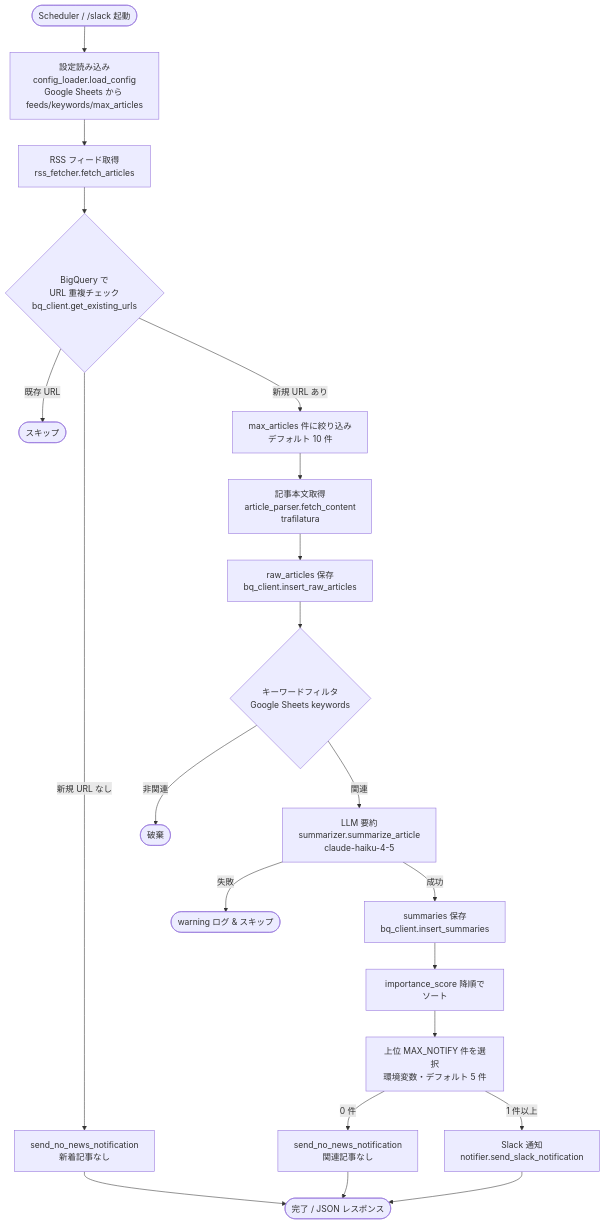
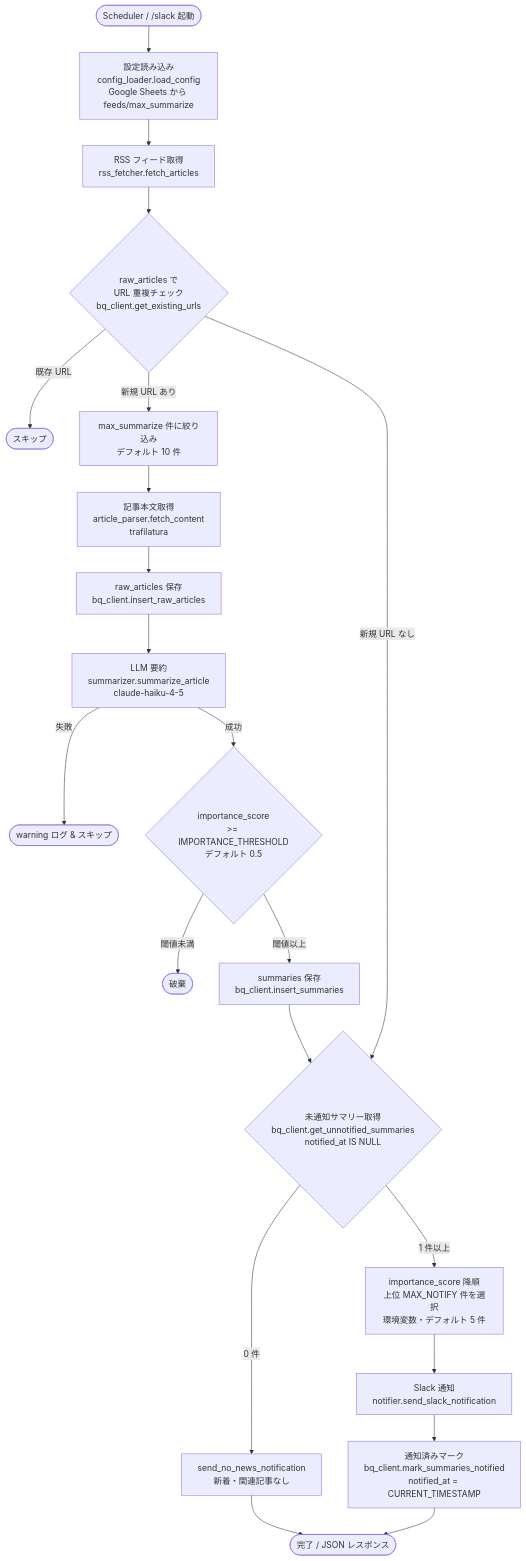
Before and after one commit to mishi5/data-platform-handson: the second of 6 diagrams in docs/news-pipeline-architecture.md, drawn with Mermaid. The commit also changed other lines of this file and 2 other files, not shown here.

Commit message:
fix: テスト失敗修正・アーキテクチャドキュメント最新化
[テスト修正]
- test_article_parser: trafilatura.fetch_urlのモックをrequests.getに修正
- test_summarizer: MagicMock(spec=TextBlock)でisinstanceチェックを通過させる

[ドキュメント更新]
- フロー図: キーワードフィルタ削除、importance_scoreフィルタ追加
- フロー図: 未通知サマリー取得→通知→mark_summaries_notified フロー追加
- フロー図: max_articles→max_summarize、dedup対象をraw_articlesに修正
- ERD: summariesにnotified_at TIMESTAMPを追加
- 設計要件表: キーワードフィルタ行削除、importance_score/未通知管理行追加
- コンポーネント図: test_bq_client.py件数を3→7に更新
- 設定管理: keywords削除、max_summarize変更、環境変数表を追加

````diff
--- a/docs/news-pipeline-architecture.md
+++ b/docs/news-pipeline-architecture.md
@@ -37,23 +37,23 @@
 ```mermaid
 flowchart TD
-    START([Scheduler / /slack 起動]) --> CONFIG[設定読み込み<br/>config_loader.load_config<br/>Google Sheets から feeds/keywords/max_articles]
+    START([Scheduler / /slack 起動]) --> CONFIG[設定読み込み<br/>config_loader.load_config<br/>Google Sheets から feeds/max_summarize]
     CONFIG --> FETCH[RSS フィード取得<br/>rss_fetcher.fetch_articles]
-    FETCH --> DEDUP{BigQuery で<br/>URL 重複チェック<br/>bq_client.get_existing_urls}
+    FETCH --> DEDUP{raw_articles で<br/>URL 重複チェック<br/>bq_client.get_existing_urls}
     DEDUP -->|既存 URL| SKIP([スキップ])
-    DEDUP -->|新規 URL なし| NO_NEWS1[send_no_news_notification<br/>新着記事なし]
-    DEDUP -->|新規 URL あり| LIMIT[max_articles 件に絞り込み<br/>デフォルト 10 件]
+    DEDUP -->|新規 URL あり| LIMIT[max_summarize 件に絞り込み<br/>デフォルト 10 件]
     LIMIT --> PARSE[記事本文取得<br/>article_parser.fetch_content<br/>trafilatura]
     PARSE --> SAVE_RAW[raw_articles 保存<br/>bq_client.insert_raw_articles]
-    SAVE_RAW --> FILTER{キーワードフィルタ<br/>Google Sheets keywords}
-    FILTER -->|非関連| DROP([破棄])
-    FILTER -->|関連| SUMMARIZE[LLM 要約<br/>summarizer.summarize_article<br/>claude-haiku-4-5]
+    SAVE_RAW --> SUMMARIZE[LLM 要約<br/>summarizer.summarize_article<br/>claude-haiku-4-5]
     SUMMARIZE -->|失敗| WARN([warning ログ & スキップ])
-    SUMMARIZE -->|成功| SAVE_SUM[summaries 保存<br/>bq_client.insert_summaries]
-    SAVE_SUM --> SORT[importance_score 降順でソート]
-    SORT --> TOPN[上位 MAX_NOTIFY 件を選択<br/>環境変数・デフォルト 5 件]
-    TOPN -->|0 件| NO_NEWS2[send_no_news_notification<br/>関連記事なし]
-    TOPN -->|1 件以上| NOTIFY[Slack 通知<br/>notifier.send_slack_notification]
-    NOTIFY --> END([完了 / JSON レスポンス])
-    NO_NEWS1 --> END
-    NO_NEWS2 --> END
+    SUMMARIZE -->|成功| SCORE{importance_score<br/>>= IMPORTANCE_THRESHOLD<br/>デフォルト 0.5}
+    SCORE -->|閾値未満| DROP([破棄])
+    SCORE -->|閾値以上| SAVE_SUM[summaries 保存<br/>bq_client.insert_summaries]
+    DEDUP -->|新規 URL なし| UNNOTIFIED
+    SAVE_SUM --> UNNOTIFIED{未通知サマリー取得<br/>bq_client.get_unnotified_summaries<br/>notified_at IS NULL}
+    UNNOTIFIED -->|0 件| NO_NEWS[send_no_news_notification<br/>新着・関連記事なし]
+    UNNOTIFIED -->|1 件以上| TOPN[importance_score 降順<br/>上位 MAX_NOTIFY 件を選択<br/>環境変数・デフォルト 5 件]
+    TOPN --> NOTIFY[Slack 通知<br/>notifier.send_slack_notification]
+    NOTIFY --> MARK[通知済みマーク<br/>bq_client.mark_summaries_notified<br/>notified_at = CURRENT_TIMESTAMP]
+    MARK --> END([完了 / JSON レスポンス])
+    NO_NEWS --> END
 ```
````
